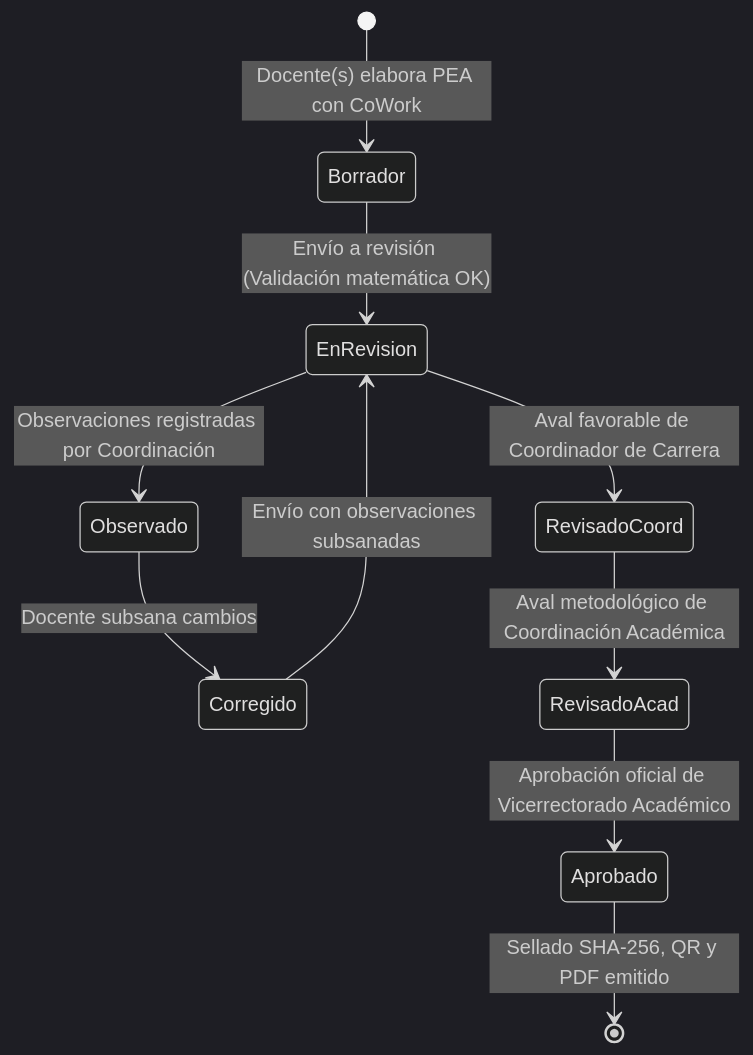
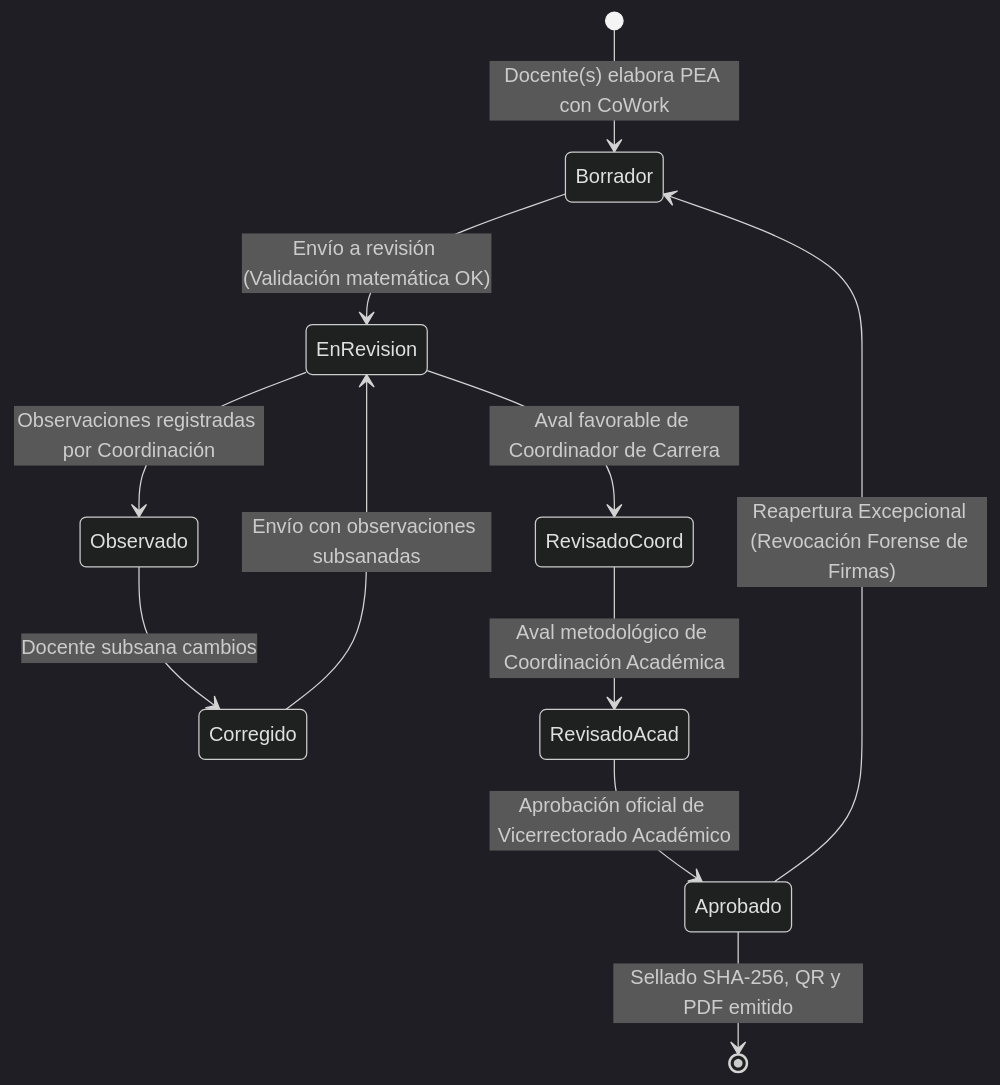
The fourth of 5 diagrams in docs/documentacion/01-arquitectura/02-micro-arquitecturas-patrones.md (JorgeDoicela/dosier), drawn with Mermaid (dark theme) before and after one commit. The commit also changed other lines of this file and 35 other files, not shown here.

````diff
--- a/docs/documentacion/01-arquitectura/02-micro-arquitecturas-patrones.md
+++ b/docs/documentacion/01-arquitectura/02-micro-arquitecturas-patrones.md
@@ -118,12 +120,13 @@
 ```mermaid
 stateDiagram-v2
     [*] --> Borrador: Docente(s) elabora PEA con CoWork
     Borrador --> EnRevision: Envío a revisión (Validación matemática OK)
     Corregido --> EnRevision: Envío con observaciones subsanadas
     EnRevision --> Observado: Observaciones registradas por Coordinación
     Observado --> Corregido: Docente subsana cambios
     EnRevision --> RevisadoCoord: Aval favorable de Coordinador de Carrera
     RevisadoCoord --> RevisadoAcad: Aval metodológico de Coordinación Académica
     RevisadoAcad --> Aprobado: Aprobación oficial de Vicerrectorado Académico
     Aprobado --> [*]: Sellado SHA-256, QR y PDF emitido
+    Aprobado --> Borrador: Reapertura Excepcional (Revocación Forense de Firmas)
 ```
````
